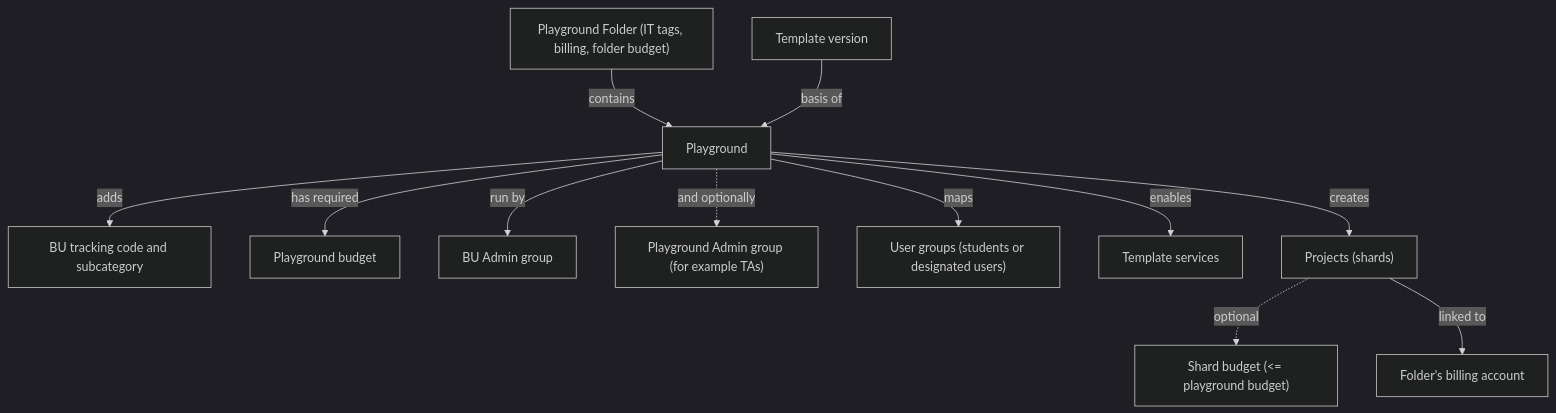
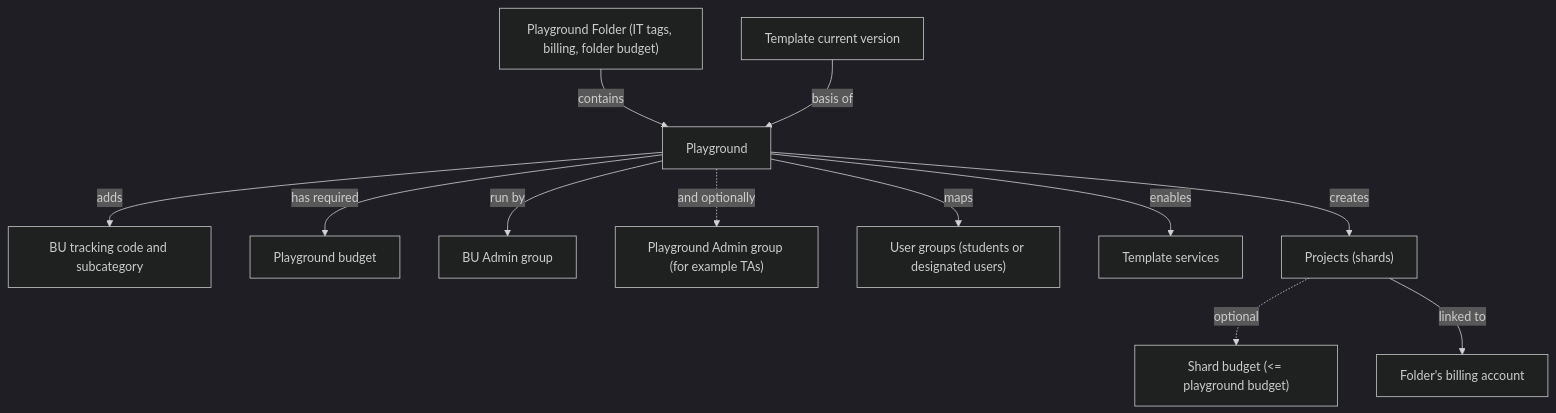
The third of 4 diagrams in specs/01-brs/brs-master.md (shankyram1912/crucible-learning-sandbox), drawn with Mermaid (dark theme) before and after one commit. The commit also changed other lines of this file and 1 other file, not shown here.

````diff
--- a/specs/01-brs/brs-master.md
+++ b/specs/01-brs/brs-master.md
@@ -111,14 +111,14 @@
 ```mermaid
 flowchart TD
   PF["Playground Folder (IT tags, billing, folder budget)"] -->|"contains"| PG["Playground"]
-  TV["Template version"] -->|"basis of"| PG
+  TV["Template current version"] -->|"basis of"| PG
   PG -->|"adds"| BUT["BU tracking code and subcategory"]
   PG -->|"has required"| PGBUD["Playground budget"]
   PG -->|"run by"| BUG["BU Admin group"]
   PG -.->|"and optionally"| PAG["Playground Admin group (for example TAs)"]
   PG -->|"maps"| SG["User groups (students or designated users)"]
   PG -->|"enables"| OPT["Template services"]
   PG -->|"creates"| PRJ["Projects (shards)"]
   PRJ -.->|"optional"| SHBUD["Shard budget (<= playground budget)"]
   PRJ -->|"linked to"| BA["Folder's billing account"]
 ```
````
